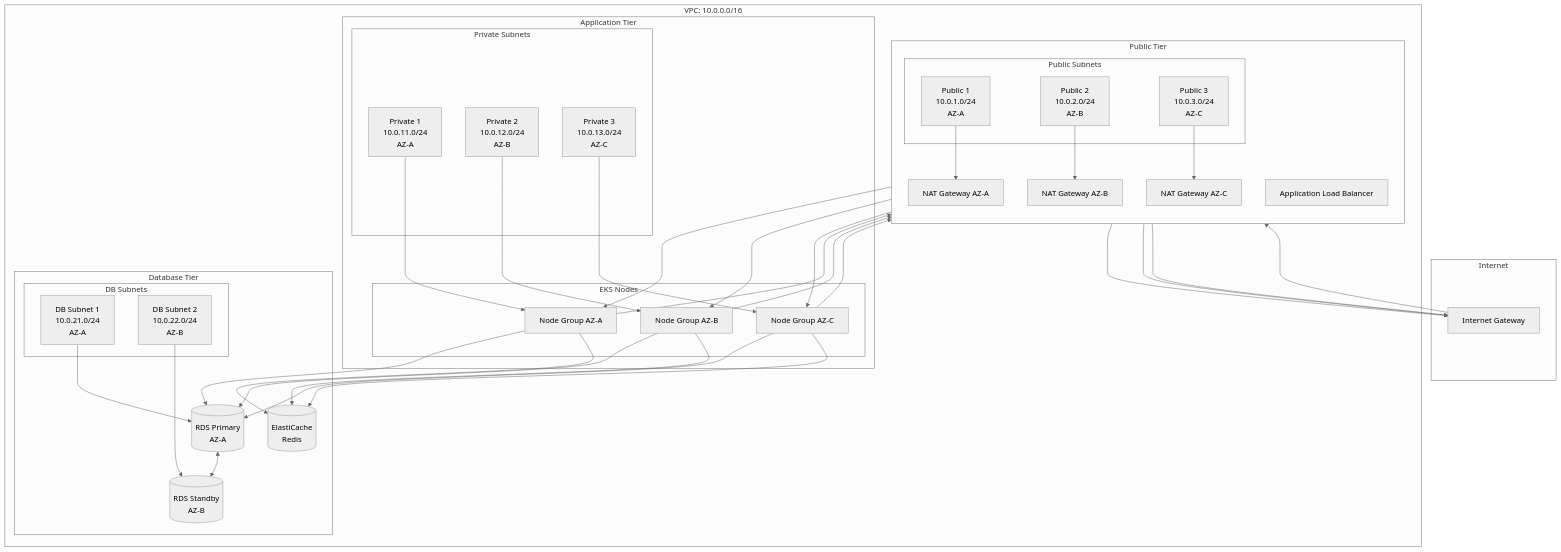
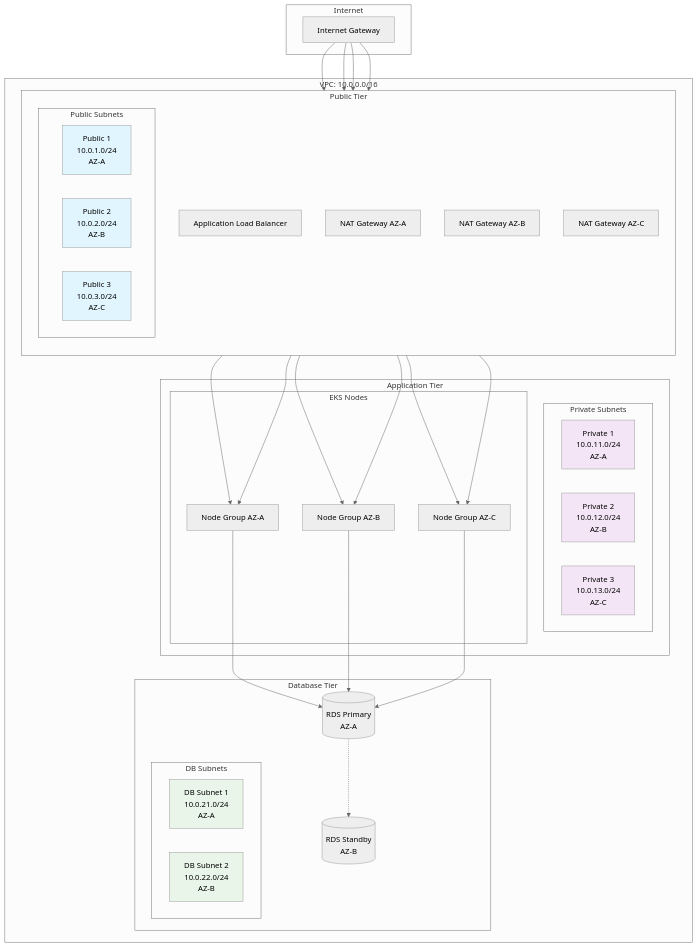
The diagram in infrastructure/networking.mdx (retrogamecloud/docs), drawn with Mermaid (neutral theme) before and after one commit. The commit also changed other lines of this file and 29 other files, not shown here.

````diff
--- a/infrastructure/networking.mdx
+++ b/infrastructure/networking.mdx
@@ -37,82 +37,75 @@
 ```mermaid
 graph TB
     subgraph "Internet"
         IGW[Internet Gateway]
     end
 
     subgraph "VPC: 10.0.0.0/16"
         subgraph "Public Tier"
             direction TB
             ALB[Application Load Balancer]
             NAT1[NAT Gateway AZ-A]
             NAT2[NAT Gateway AZ-B]
             NAT3[NAT Gateway AZ-C]
 
             subgraph "Public Subnets"
                 PUB1[Public 1<br/>10.0.1.0/24<br/>AZ-A]
                 PUB2[Public 2<br/>10.0.2.0/24<br/>AZ-B]
                 PUB3[Public 3<br/>10.0.3.0/24<br/>AZ-C]
             end
         end
 
         subgraph "Application Tier"
             subgraph "Private Subnets"
                 PRIV1[Private 1<br/>10.0.11.0/24<br/>AZ-A]
                 PRIV2[Private 2<br/>10.0.12.0/24<br/>AZ-B]
                 PRIV3[Private 3<br/>10.0.13.0/24<br/>AZ-C]
             end
 
             subgraph "EKS Nodes"
                 NODE1[Node Group AZ-A]
                 NODE2[Node Group AZ-B]
                 NODE3[Node Group AZ-C]
             end
         end
 
         subgraph "Database Tier"
             subgraph "DB Subnets"
                 DB1[DB Subnet 1<br/>10.0.21.0/24<br/>AZ-A]
                 DB2[DB Subnet 2<br/>10.0.22.0/24<br/>AZ-B]
             end
 
             RDS_PRIMARY[(RDS Primary<br/>AZ-A)]
             RDS_STANDBY[(RDS Standby<br/>AZ-B)]
-            REDIS[(ElastiCache<br/>Redis)]
         end
     end
 
+    %% Conexiones
     IGW --> ALB
+    IGW --> NAT1
+    IGW --> NAT2
+    IGW --> NAT3
+
     ALB --> NODE1
     ALB --> NODE2
     ALB --> NODE3
 
-    NAT1 --> IGW
-    NAT2 --> IGW
-    NAT3 --> IGW
-
-    NODE1 --> NAT1
-    NODE2 --> NAT2
-    NODE3 --> NAT3
+    NAT1 --> NODE1
+    NAT2 --> NODE2
+    NAT3 --> NODE3
 
     NODE1 --> RDS_PRIMARY
     NODE2 --> RDS_PRIMARY
     NODE3 --> RDS_PRIMARY
 
-    NODE1 --> REDIS
-    NODE2 --> REDIS
-    NODE3 --> REDIS
+    RDS_PRIMARY -.-> RDS_STANDBY
 
-    RDS_PRIMARY <--> RDS_STANDBY
-
-    PUB1 --> NAT1
-    PUB2 --> NAT2
-    PUB3 --> NAT3
-
-    PRIV1 --> NODE1
-    PRIV2 --> NODE2
-    PRIV3 --> NODE3
-
-    DB1 --> RDS_PRIMARY
-    DB2 --> RDS_STANDBY
-
+    %% Estilos
+    classDef publicSubnet fill:#e1f5fe
+    classDef privateSubnet fill:#f3e5f5
+    classDef dbSubnet fill:#e8f5e8
+    
+    class PUB1,PUB2,PUB3 publicSubnet
+    class PRIV1,PRIV2,PRIV3 privateSubnet
+    class DB1,DB2 dbSubnet
 ```
````
